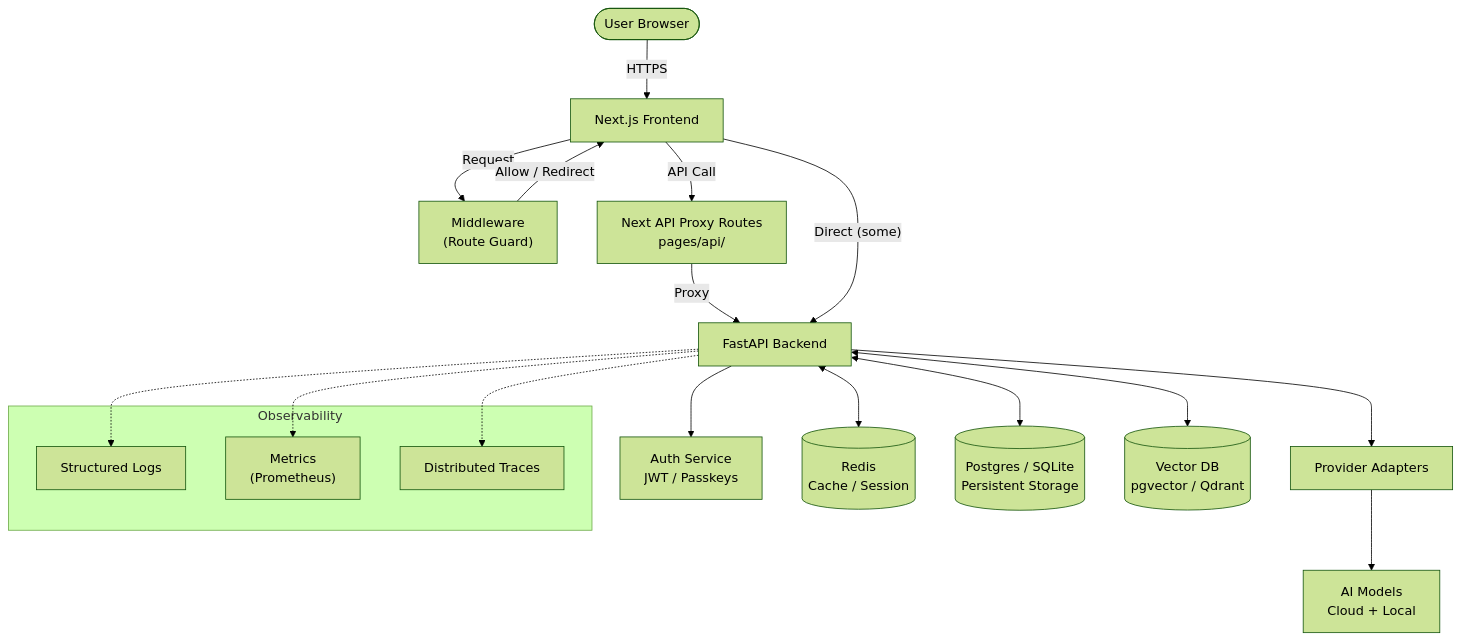
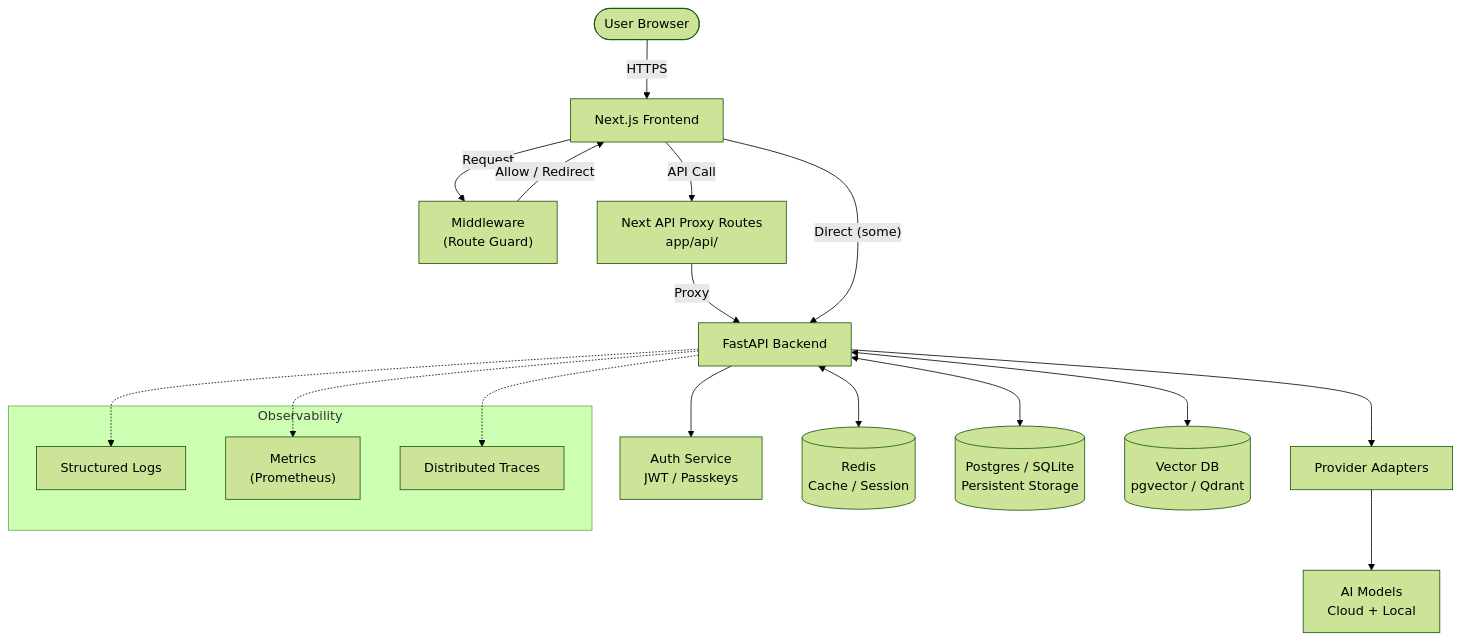
Before and after one commit to fuaadabdullah/goblin-assistant: the seventh of 10 diagrams in docs/architecture/GOBLIN_ASSISTANT_DIAGRAM.md, drawn with Mermaid (forest theme). The commit also changed other lines of this file and 19 other files, not shown here.

````diff
--- a/docs/architecture/GOBLIN_ASSISTANT_DIAGRAM.md
+++ b/docs/architecture/GOBLIN_ASSISTANT_DIAGRAM.md
@@ -214,37 +214,37 @@
 ```mermaid
 flowchart TB
   USER(["User Browser"])
   NEXT["Next.js Frontend"]
   MID["Middleware<br/>(Route Guard)"]
-  NAPI["Next API Proxy Routes<br/>pages/api/"]
+  NAPI["Next API Proxy Routes<br/>app/api/"]
   FAST["FastAPI Backend"]
   AUTH["Auth Service<br/>JWT / Passkeys"]
   REDIS[("Redis<br/>Cache / Session")]
   DB[("Postgres / SQLite<br/>Persistent Storage")]
   VEC[("Vector DB<br/>pgvector / Qdrant")]
   ADAPTERS["Provider Adapters"]
   LLM["AI Models<br/>Cloud + Local"]
 
   USER -->|"HTTPS"| NEXT
   NEXT -->|"Request"| MID
   MID -->|"Allow / Redirect"| NEXT
   NEXT -->|"API Call"| NAPI
   NAPI -->|"Proxy"| FAST
   NEXT -->|"Direct (some)"| FAST
   FAST --> AUTH
   FAST <--> REDIS
   FAST <--> DB
   FAST <--> VEC
   FAST --> ADAPTERS
   ADAPTERS --> LLM
 
   subgraph "Observability"
     LOGS["Structured Logs"]
     METRICS["Metrics<br/>(Prometheus)"]
     TRACES["Distributed Traces"]
   end
 
   FAST -.-> LOGS
   FAST -.-> METRICS
   FAST -.-> TRACES
 ```
````
